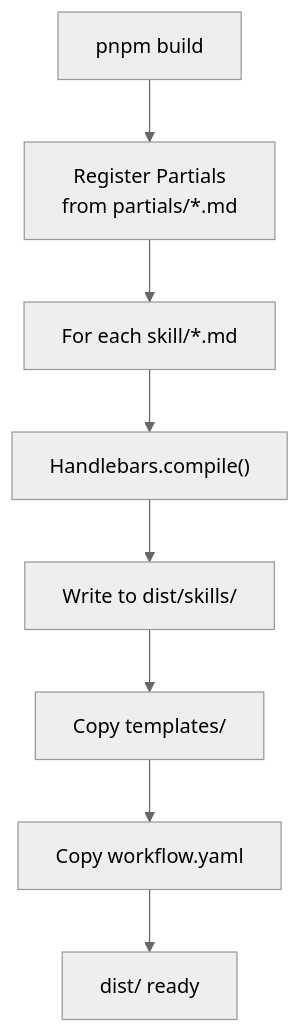
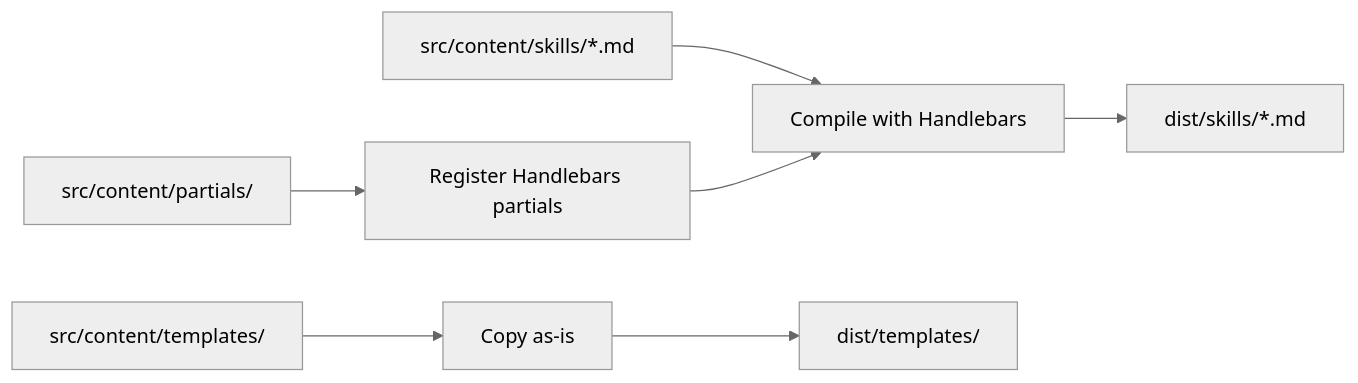
The diagram in .festinalente/engineering/systems/content-build/_index.md (mattfletcher94/festinalente), drawn with Mermaid (neutral theme) before and after one commit. The commit also changed other lines of this file and 17 other files, not shown here.

````diff
--- a/.festinalente/engineering/systems/content-build/_index.md
+++ b/.festinalente/engineering/systems/content-build/_index.md
@@ -76,10 +45,9 @@
 ```mermaid
-flowchart TB
-    A["pnpm build"] --> B["Register Partials<br/>from partials/*.md"]
-    B --> C["For each skill/*.md"]
-    C --> D["Handlebars.compile()"]
-    D --> E["Write to dist/skills/"]
-    E --> F["Copy templates/"]
-    F --> G["Copy workflow.yaml"]
-    G --> H["dist/ ready"]
+flowchart LR
+    A["src/content/partials/"] --> B["Register Handlebars partials"]
+    C["src/content/skills/*.md"] --> D["Compile with Handlebars"]
+    B --> D
+    D --> E["dist/skills/*.md"]
+    F["src/content/templates/"] --> G["Copy as-is"]
+    G --> H["dist/templates/"]
 ```
````
